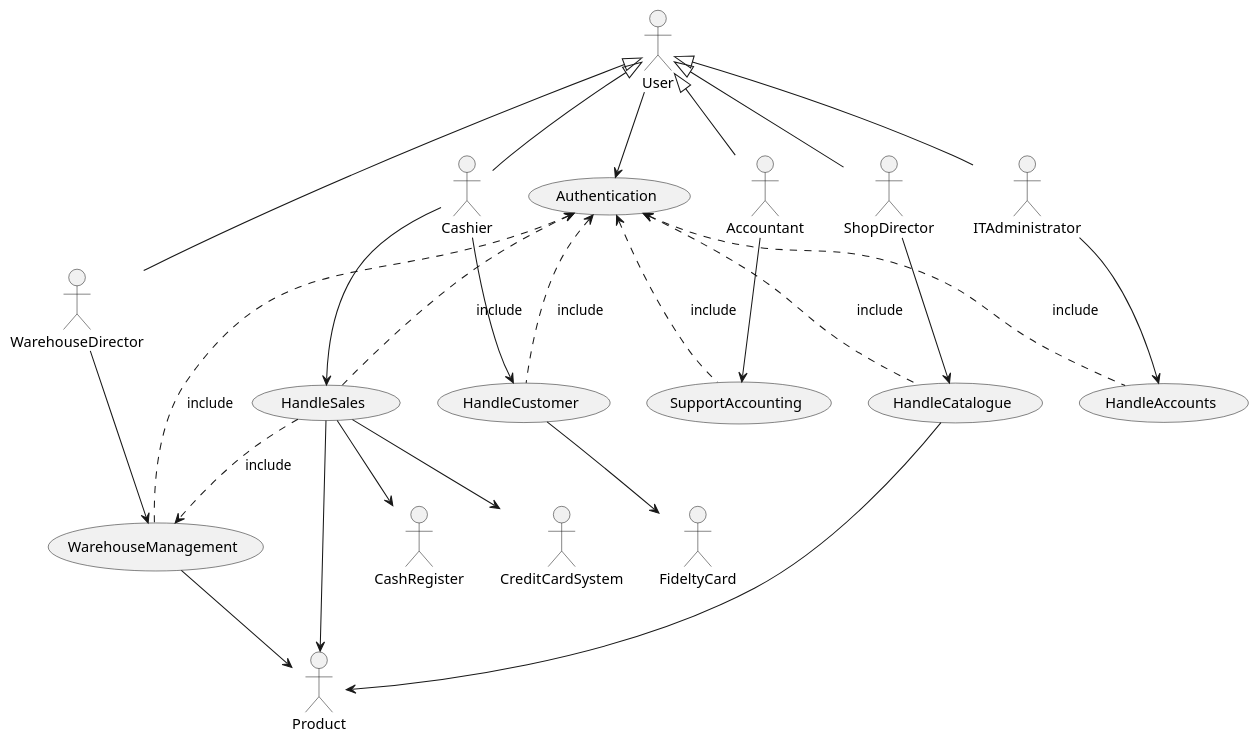
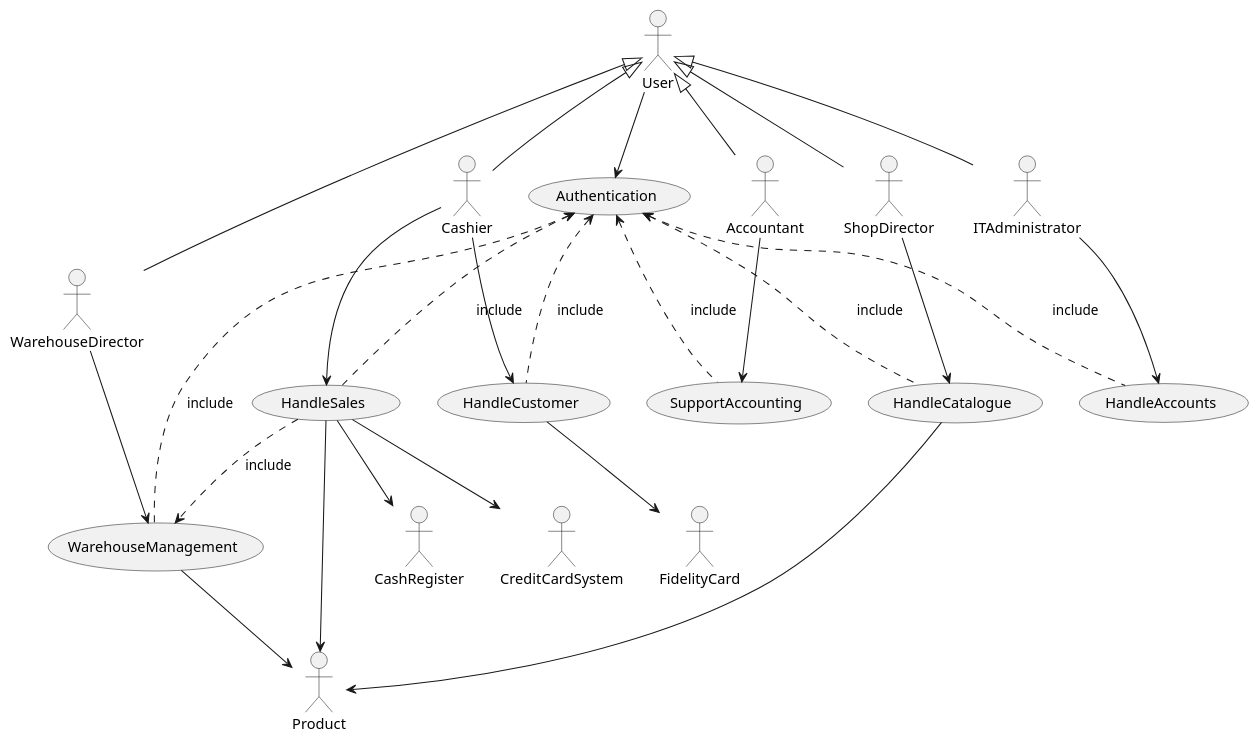
Before and after one commit to Stormz4/group20-EzShop: the second of 9 diagrams in Deliverables/RequirementsDocument.md, drawn with PlantUML. The commit also changed other lines of this file, not shown here.

````diff
--- a/Deliverables/RequirementsDocument.md
+++ b/Deliverables/RequirementsDocument.md
@@ -228,44 +228,44 @@
 ```plantuml
 @startuml
 usecase Authentication
 usecase HandleSales
 usecase HandleCustomer
 usecase HandleCatalogue
 usecase WarehouseManagement
 usecase SupportAccounting
 usecase HandleAccounts
 
 
 User <|-- Cashier
 User <|-- WarehouseDirector
 User <|-- Accountant
 User <|-- ShopDirector
 User <|-- ITAdministrator
 
 User --> Authentication
 Cashier --> HandleSales
 Cashier --> HandleCustomer
 ShopDirector --> HandleCatalogue
 WarehouseDirector --> WarehouseManagement
 Accountant --> SupportAccounting
 
 
 ITAdministrator --> HandleAccounts
 
 HandleSales --> Product
 WarehouseManagement --> Product
 HandleCatalogue --> Product
 HandleSales ..> WarehouseManagement : include
 
 Authentication <.. HandleSales : include
 Authentication <.. HandleCustomer : include
 Authentication <.. HandleCatalogue : include
 Authentication <.. WarehouseManagement : include
 Authentication <.. HandleAccounts : include
 Authentication <.. SupportAccounting : include
 
-HandleCustomer --> FideltyCard
+HandleCustomer --> FidelityCard
 HandleSales --> CashRegister
 HandleSales --> CreditCardSystem
 @enduml
 ```
````
